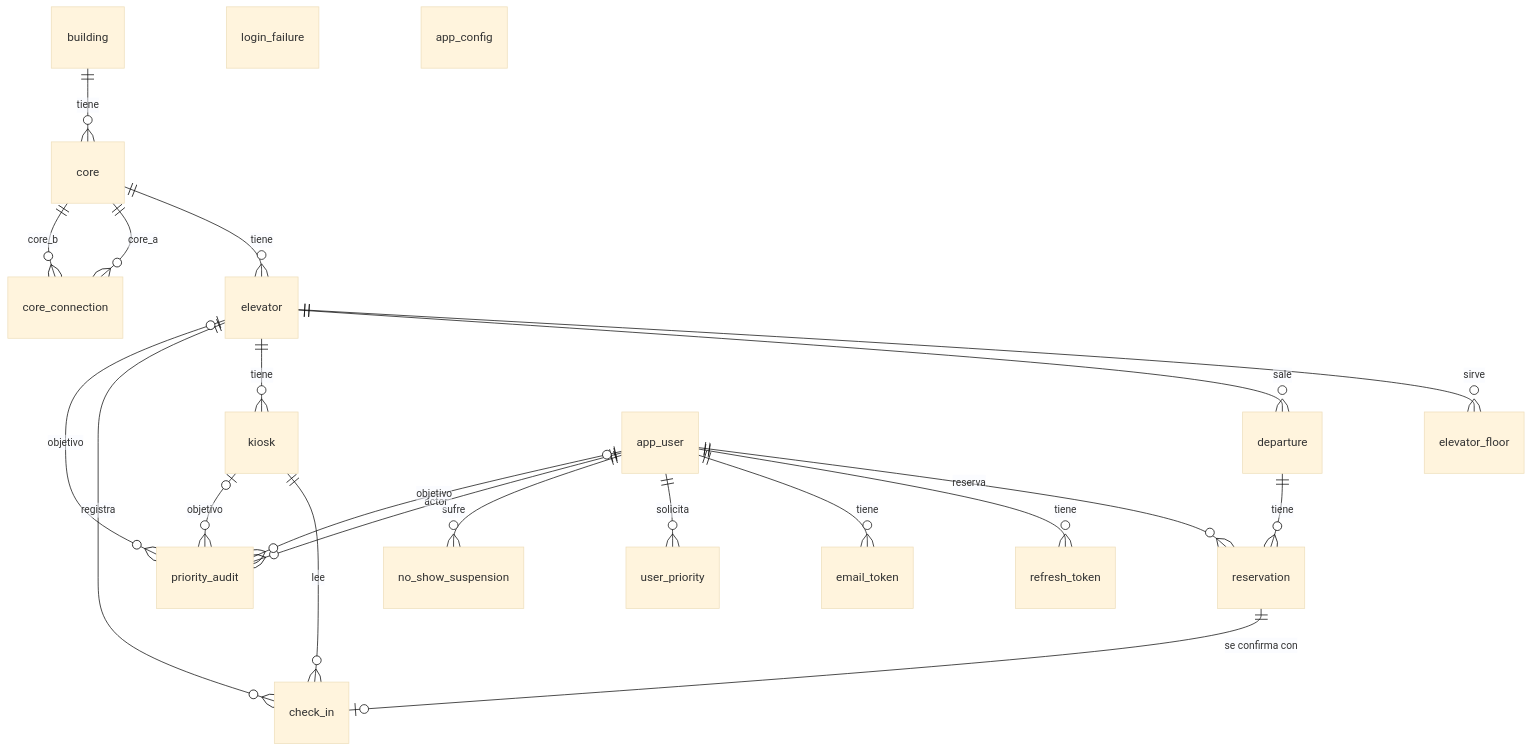
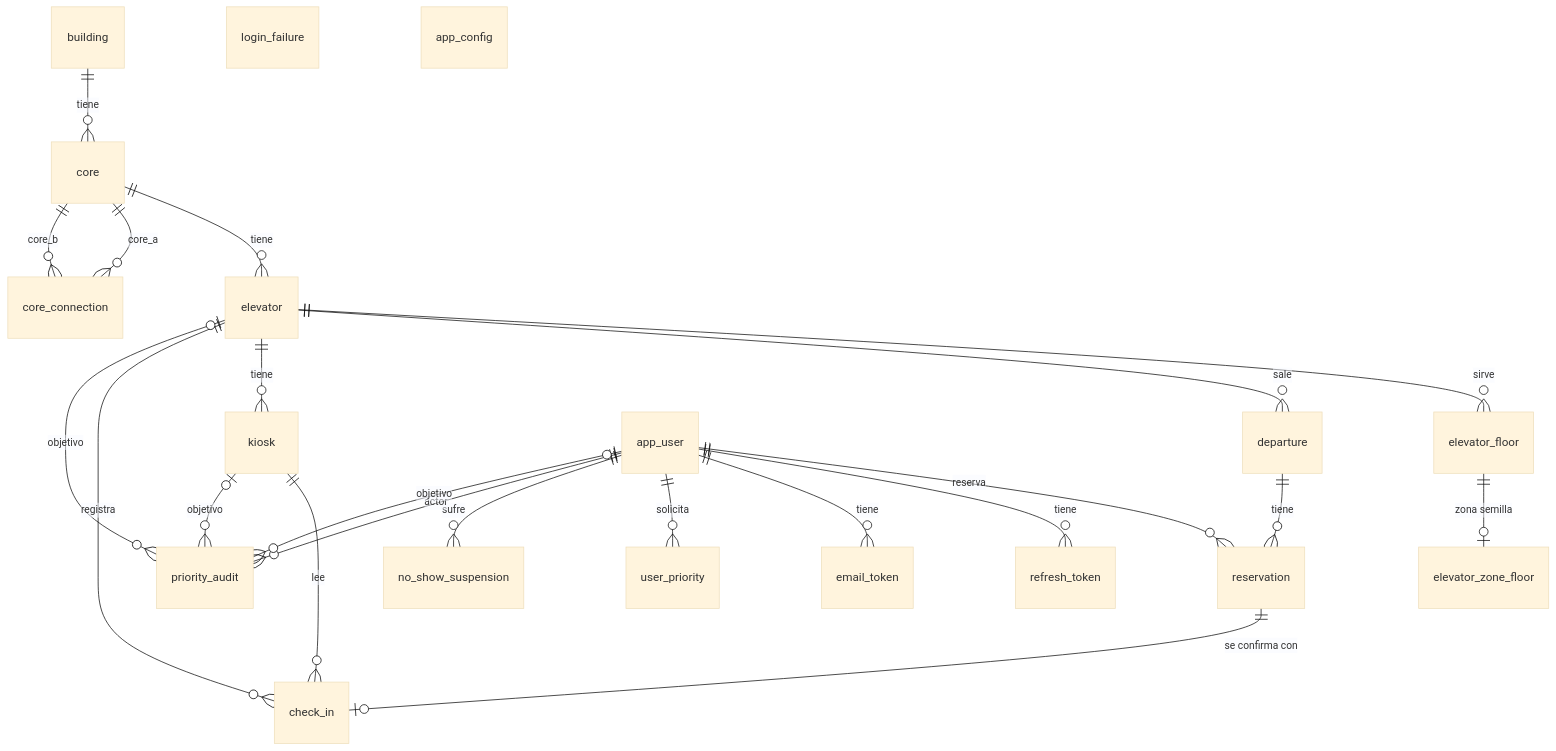
Before and after one commit to Benji-9/SmartElevate: the first of 5 diagrams in docs/referencia/der.md, drawn with Mermaid (base theme). The commit also changed other lines of this file, not shown here.

Commit message:
docs(db): add elevator_zone_floor (V23) to the ER diagram

````diff
--- a/docs/referencia/der.md
+++ b/docs/referencia/der.md
@@ -9,25 +9,26 @@
 ```mermaid
 erDiagram
     building ||--o{ core : "tiene"
     core ||--o{ elevator : "tiene"
     core ||--o{ core_connection : "core_a"
     core ||--o{ core_connection : "core_b"
     elevator ||--o{ elevator_floor : "sirve"
+    elevator_floor ||--o| elevator_zone_floor : "zona semilla"
     elevator ||--o{ departure : "sale"
     elevator ||--o{ kiosk : "tiene"
     elevator ||--o{ check_in : "registra"
     departure ||--o{ reservation : "tiene"
     app_user ||--o{ reservation : "reserva"
     reservation ||--o| check_in : "se confirma con"
     kiosk ||--o{ check_in : "lee"
     app_user ||--o{ refresh_token : "tiene"
     app_user ||--o{ email_token : "tiene"
     app_user ||--o{ user_priority : "solicita"
     app_user ||--o{ no_show_suspension : "sufre"
     app_user ||--o{ priority_audit : "actor"
     app_user |o--o{ priority_audit : "objetivo"
     kiosk |o--o{ priority_audit : "objetivo"
     elevator |o--o{ priority_audit : "objetivo"
     login_failure
     app_config
 ```
````
